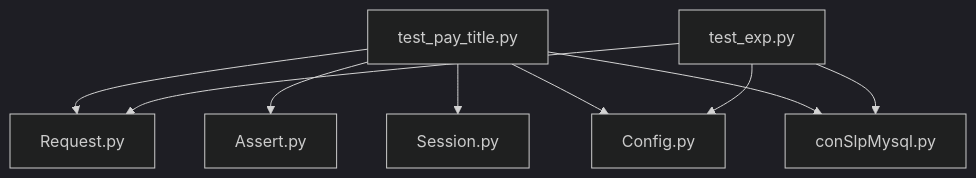
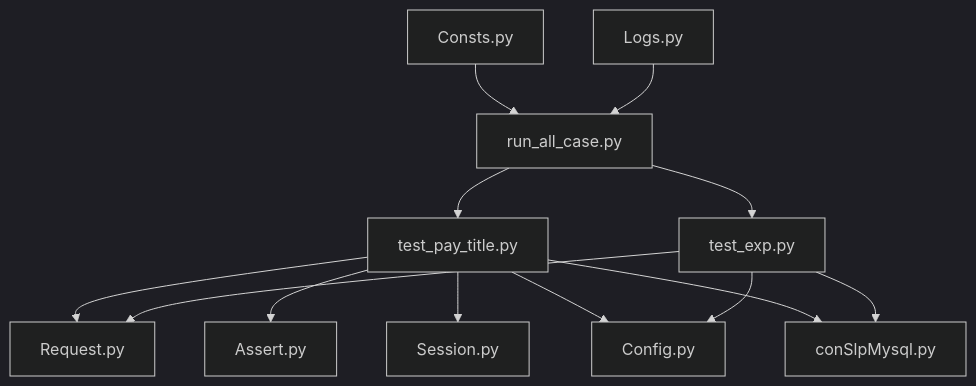
Before and after one commit to liximing1-ola/qa-payTest: the fourth of 4 diagrams in .qoder/repowiki/zh/content/支付测试用例/爵位购买测试.md, drawn with Mermaid (dark theme). The commit also changed other lines of this file and 103 other files, not shown here.

````diff
--- a/.qoder/repowiki/zh/content/支付测试用例/爵位购买测试.md
+++ b/.qoder/repowiki/zh/content/支付测试用例/爵位购买测试.md
@@ -180,11 +220,15 @@
 ```mermaid
 graph TB
 TPT["test_pay_title.py"] --> REQ["Request.py"]
 TPT --> ASS["Assert.py"]
 TPT --> SESS["Session.py"]
 TPT --> CFG["Config.py"]
 TPT --> DB["conSlpMysql.py"]
 EXP["test_exp.py"] --> CFG
 EXP --> REQ
 EXP --> DB
+RUN["run_all_case.py"] --> TPT
+RUN --> EXP
+CONSTS["Consts.py"] --> RUN
+LOGS["Logs.py"] --> RUN
 ```
````
